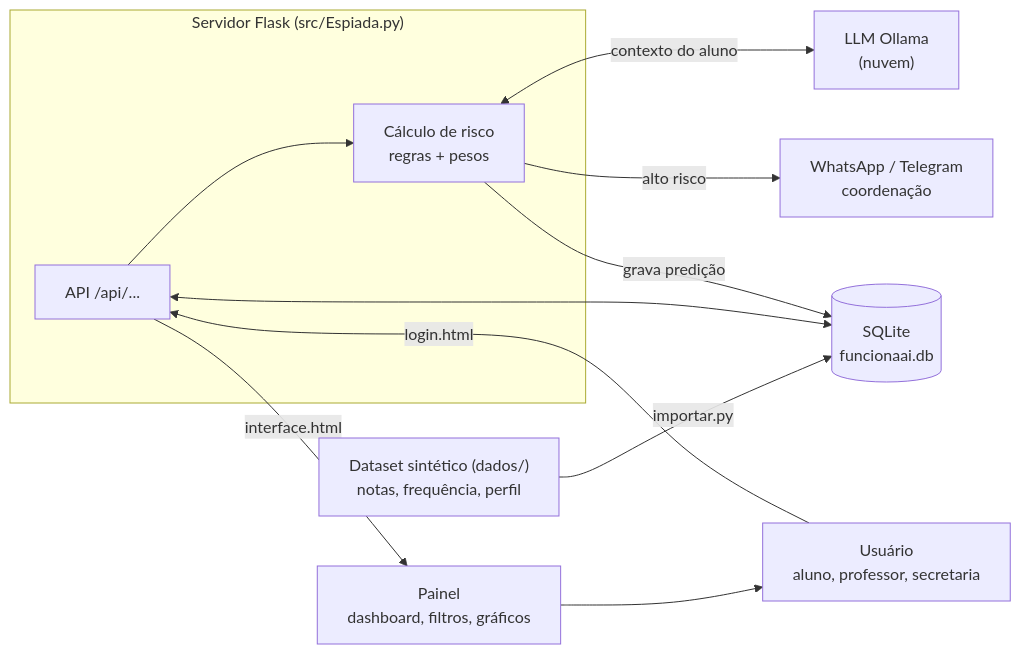
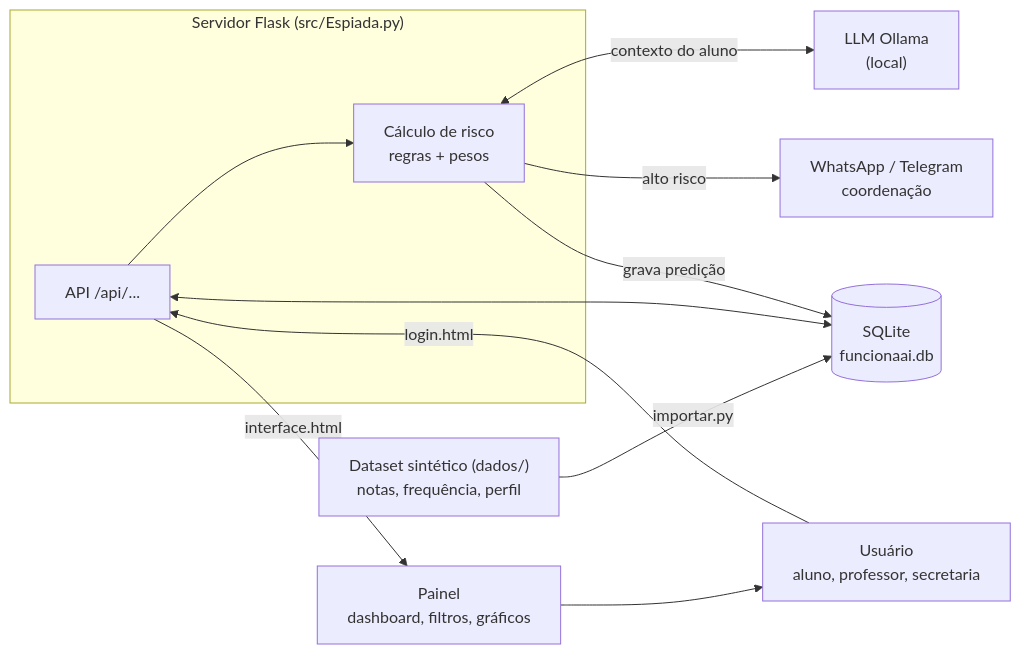
Before and after one commit to DiegoGDutra/Projeto-Espiada: the first of 4 diagrams in readme.md, drawn with Mermaid. The commit also changed other lines of this file and 43 other files, not shown here.

````diff
--- a/readme.md
+++ b/readme.md
@@ -214,16 +230,16 @@
 ```mermaid
 flowchart LR
     AVA["Dataset sintético (dados/)<br/>notas, frequência, perfil"] -->|importar.py| DB
     subgraph Servidor["Servidor Flask (src/Espiada.py)"]
         API["API /api/..."]
         CALC["Cálculo de risco<br/>regras + pesos"]
         API --> CALC
     end
     API <--> DB[("SQLite<br/>funcionaai.db")]
-    CALC <-->|contexto do aluno| LLM["LLM Ollama<br/>(nuvem)"]
+    CALC <-->|contexto do aluno| LLM["LLM Ollama<br/>(local)"]
     CALC -->|grava predição| DB
     CALC -->|alto risco| NOTIF["WhatsApp / Telegram<br/>coordenação"]
     U["Usuário<br/>aluno, professor, secretaria"] -->|login.html| API
     API -->|interface.html| PAINEL["Painel<br/>dashboard, filtros, gráficos"]
     PAINEL --> U
 ```
````
